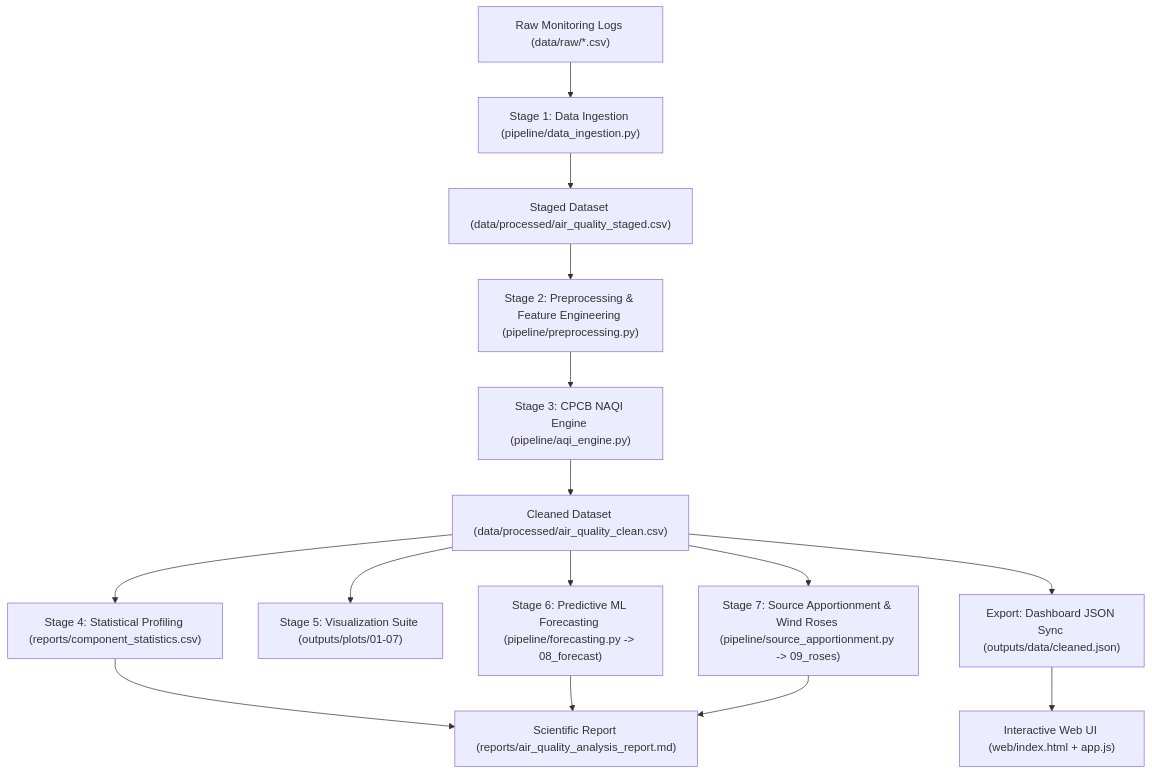
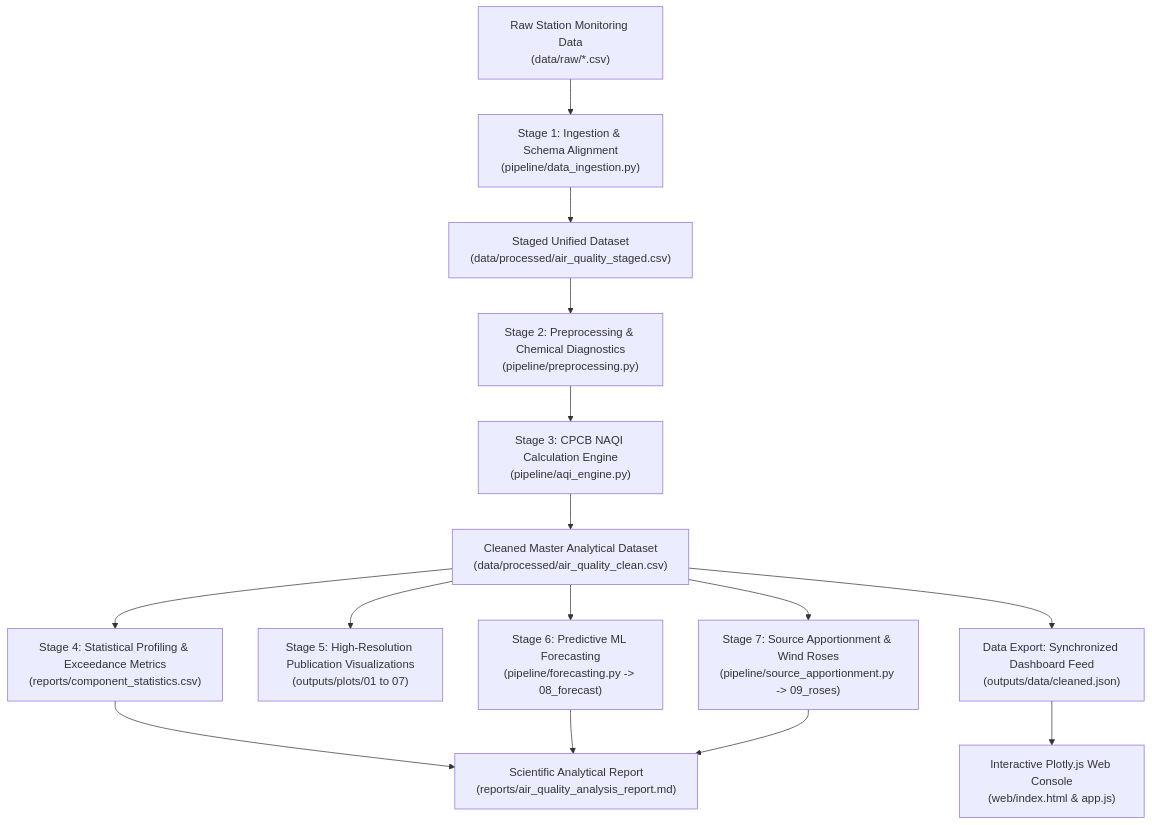
One commit to avnish36singh-arch/delhi-air_qaulity_cpcb changed the diagram in README.md. Above: the diagram before and after it, drawn with Mermaid. The commit also changed other lines of this file, not shown here.

Commit message:
docs: Rewrite README.md with technical peer-reviewed documentation, embedded publication charts, and in-depth environmental analysis

````diff
--- a/README.md
+++ b/README.md
@@ -25,17 +16,17 @@
 ```mermaid
 flowchart TD
-    A["Raw Monitoring Logs (data/raw/*.csv)"] --> B["Stage 1: Data Ingestion (pipeline/data_ingestion.py)"]
-    B --> C["Staged Dataset (data/processed/air_quality_staged.csv)"]
-    C --> D["Stage 2: Preprocessing & Feature Engineering (pipeline/preprocessing.py)"]
-    D --> E["Stage 3: CPCB NAQI Engine (pipeline/aqi_engine.py)"]
-    E --> F["Cleaned Dataset (data/processed/air_quality_clean.csv)"]
+    A["Raw Station Monitoring Data<br/>(data/raw/*.csv)"] --> B["Stage 1: Ingestion & Schema Alignment<br/>(pipeline/data_ingestion.py)"]
+    B --> C["Staged Unified Dataset<br/>(data/processed/air_quality_staged.csv)"]
+    C --> D["Stage 2: Preprocessing & Chemical Diagnostics<br/>(pipeline/preprocessing.py)"]
+    D --> E["Stage 3: CPCB NAQI Calculation Engine<br/>(pipeline/aqi_engine.py)"]
+    E --> F["Cleaned Master Analytical Dataset<br/>(data/processed/air_quality_clean.csv)"]
     
-    F --> G["Stage 4: Statistical Profiling (reports/component_statistics.csv)"]
-    F --> H["Stage 5: Visualization Suite (outputs/plots/01-07)"]
-    F --> I["Stage 6: Predictive ML Forecasting (pipeline/forecasting.py -> 08_forecast)"]
-    F --> J["Stage 7: Source Apportionment & Wind Roses (pipeline/source_apportionment.py -> 09_roses)"]
+    F --> G["Stage 4: Statistical Profiling & Exceedance Metrics<br/>(reports/component_statistics.csv)"]
+    F --> H["Stage 5: High-Resolution Publication Visualizations<br/>(outputs/plots/01 to 07)"]
+    F --> I["Stage 6: Predictive ML Forecasting<br/>(pipeline/forecasting.py -> 08_forecast)"]
+    F --> J["Stage 7: Source Apportionment & Wind Roses<br/>(pipeline/source_apportionment.py -> 09_roses)"]
     
-    F --> K["Export: Dashboard JSON Sync (outputs/data/cleaned.json)"]
-    K --> L["Interactive Web UI (web/index.html + app.js)"]
-    G & I & J --> M["Scientific Report (reports/air_quality_analysis_report.md)"]
+    F --> K["Data Export: Synchronized Dashboard Feed<br/>(outputs/data/cleaned.json)"]
+    K --> L["Interactive Plotly.js Web Console<br/>(web/index.html & app.js)"]
+    G & I & J --> M["Scientific Analytical Report<br/>(reports/air_quality_analysis_report.md)"]
 ```
````
